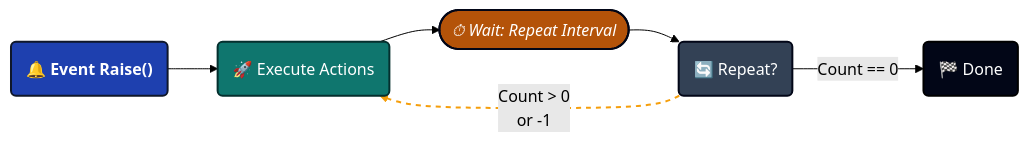
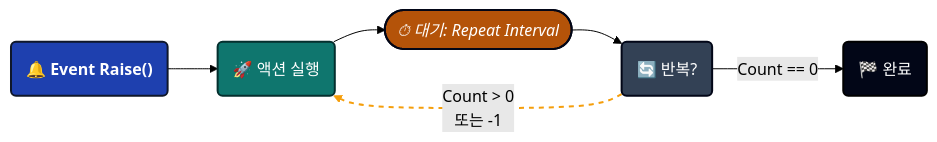
One commit to tinygiants-tech/TinyGiants changed the third of 5 diagrams in i18n/ko/docusaurus-plugin-content-docs/current/game-event-system/visual-workflow/game-event-behavior.md. Above: the diagram before and after it, drawn with Mermaid (forest theme). The commit also changed other lines of this file and 81 other files, not shown here.

````diff
--- a/i18n/ko/docusaurus-plugin-content-docs/current/game-event-system/visual-workflow/game-event-behavior.md
+++ b/i18n/ko/docusaurus-plugin-content-docs/current/game-event-system/visual-workflow/game-event-behavior.md
@@ -366,16 +366,16 @@
 ```mermaid
 graph LR
     classDef event fill:#1e40af,stroke:#0f172a,stroke-width:2px,color:#ffffff,font-weight:bold
     classDef action fill:#0f766e,stroke:#042f2e,stroke-width:2px,color:#ffffff
     classDef wait fill:#b45309,stroke:#020617,stroke-width:2px,color:#ffffff,font-style:italic
     classDef decision fill:#334155,stroke:#020617,stroke-width:2px,color:#ffffff
     classDef system fill:#020617,stroke:#000000,stroke-width:2px,color:#ffffff
 
-    A("🔔 Event Raise()"):::event --> B(🚀 Execute Actions):::action
-    B --> C([⏱ Wait: Repeat Interval]):::wait
-    C --> D(🔄 Repeat?):::decision
+    A("🔔 Event Raise()"):::event --> B(🚀 액션 실행):::action
+    B --> C([⏱ 대기: Repeat Interval]):::wait
+    C --> D(🔄 반복?):::decision
     
-    D -- "Count > 0 <br/> or -1" --> B
-    D -- "Count == 0" --> E(🏁 Done):::system
+    D -- "Count > 0 <br/> 또는 -1" --> B
+    D -- "Count == 0" --> E(🏁 완료):::system
     linkStyle 3 stroke:#f59e0b,stroke-width:2px,stroke-dasharray: 5 5
 ```
````
